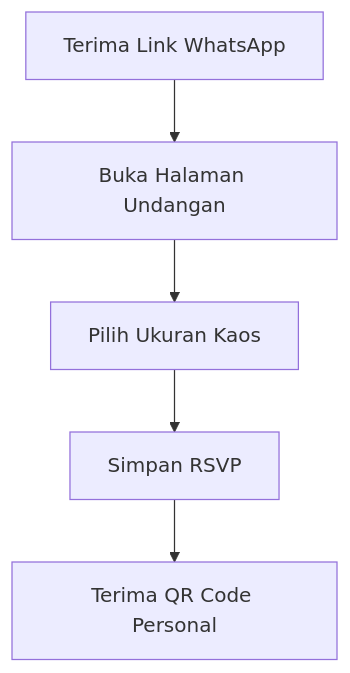
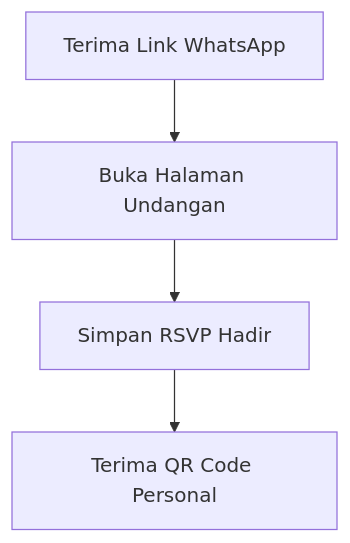
One commit to bip-itteam-internal/halal-bihalal-2025 changed the first of 12 diagrams in docs/project_brief.md. Above: the diagram before and after it, drawn with Mermaid. The commit also changed other lines of this file, not shown here.

````diff
--- a/docs/project_brief.md
+++ b/docs/project_brief.md
@@ -83,7 +78,6 @@
 ```mermaid
 graph TD
     G1[Terima Link WhatsApp] --> G2[Buka Halaman Undangan]
-    G2 --> G3[Pilih Ukuran Kaos]
-    G3 --> G4[Simpan RSVP]
-    G4 --> G5[Terima QR Code Personal]
+    G2 --> G3[Simpan RSVP Hadir]
+    G3 --> G4[Terima QR Code Personal]
 ```
````
